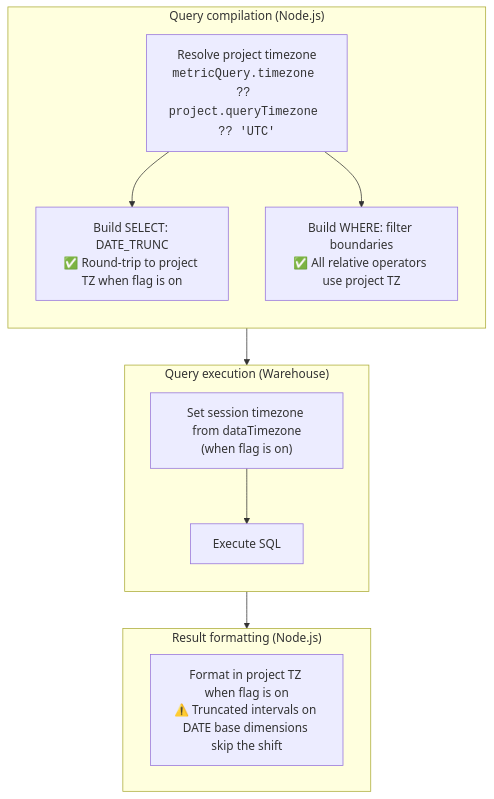
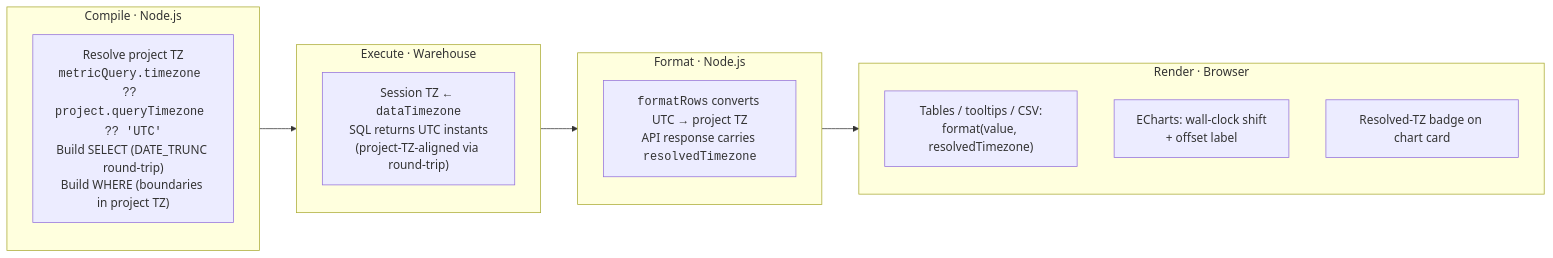
The second of 6 diagrams in docs/timezone-handling.md (lightdash/lightdash), drawn with Mermaid before and after one commit. The commit also changed other lines of this file, not shown here.

Commit message:
docs(timezones): add end-to-end flow diagram and flag-off callout

````diff
--- a/docs/timezone-handling.md
+++ b/docs/timezone-handling.md
@@ -63,26 +63,23 @@
 ```mermaid
-flowchart TD
-    subgraph Compile["Query compilation (Node.js)"]
+flowchart LR
+    subgraph Compile["Compile · Node.js"]
         direction TB
-        A["Resolve project timezone<br/><code>metricQuery.timezone ?? project.queryTimezone ?? 'UTC'</code>"]
-        B["Build SELECT: DATE_TRUNC<br/>✅ Round-trip to project TZ when flag is on"]
-        C["Build WHERE: filter boundaries<br/>✅ All relative operators use project TZ"]
-        A --> B
-        A --> C
+        C1["Resolve project TZ<br/><code>metricQuery.timezone ?? project.queryTimezone ?? 'UTC'</code><br/>Build SELECT (DATE_TRUNC round-trip)<br/>Build WHERE (boundaries in project TZ)"]
+    end
+    subgraph Execute["Execute · Warehouse"]
+        direction TB
+        E1["Session TZ ← <code>dataTimezone</code><br/>SQL returns UTC instants<br/>(project-TZ-aligned via round-trip)"]
+    end
+    subgraph Format["Format · Node.js"]
+        direction TB
+        F1["<code>formatRows</code> converts UTC → project TZ<br/>API response carries <code>resolvedTimezone</code>"]
+    end
+    subgraph Render["Render · Browser"]
+        direction TB
+        R1["Tables / tooltips / CSV:<br/>format(value, resolvedTimezone)"]
+        R2["ECharts: wall-clock shift<br/>+ offset label"]
+        R3["Resolved-TZ badge on chart card"]
     end
 
-    subgraph Execute["Query execution (Warehouse)"]
-        direction TB
-        D["Set session timezone from dataTimezone<br/>(when flag is on)"]
-        E["Execute SQL"]
-        D --> E
-    end
-
-    Compile --> Execute
-
-    subgraph Format["Result formatting (Node.js)"]
-        F["Format in project TZ when flag is on<br/>⚠️ Truncated intervals on DATE base dimensions skip the shift"]
-    end
-
-    Execute --> Format
+    Compile --> Execute --> Format --> Render
 ```
````
